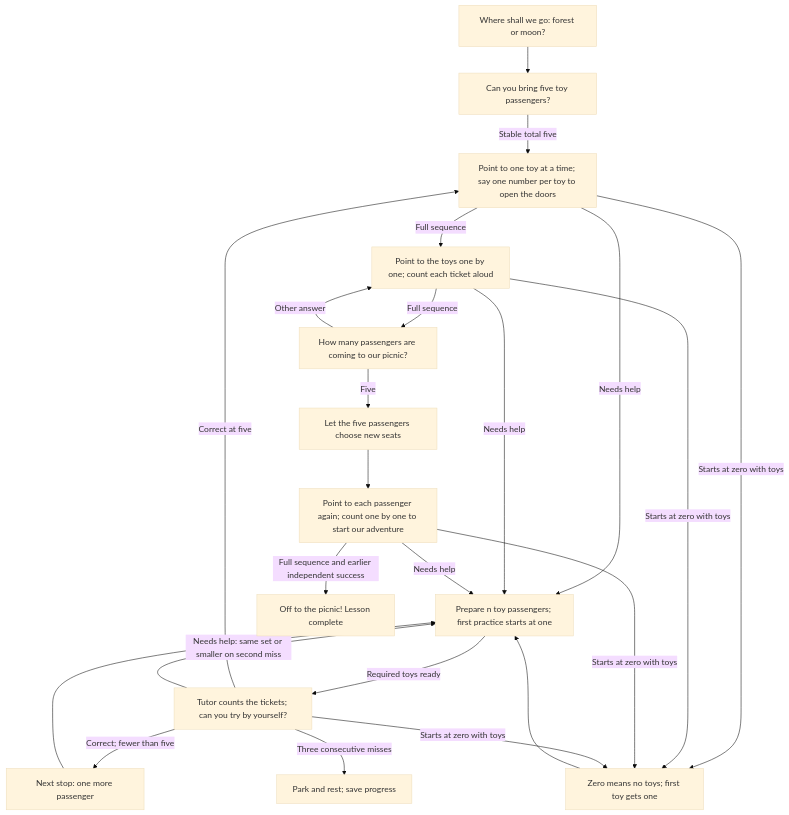
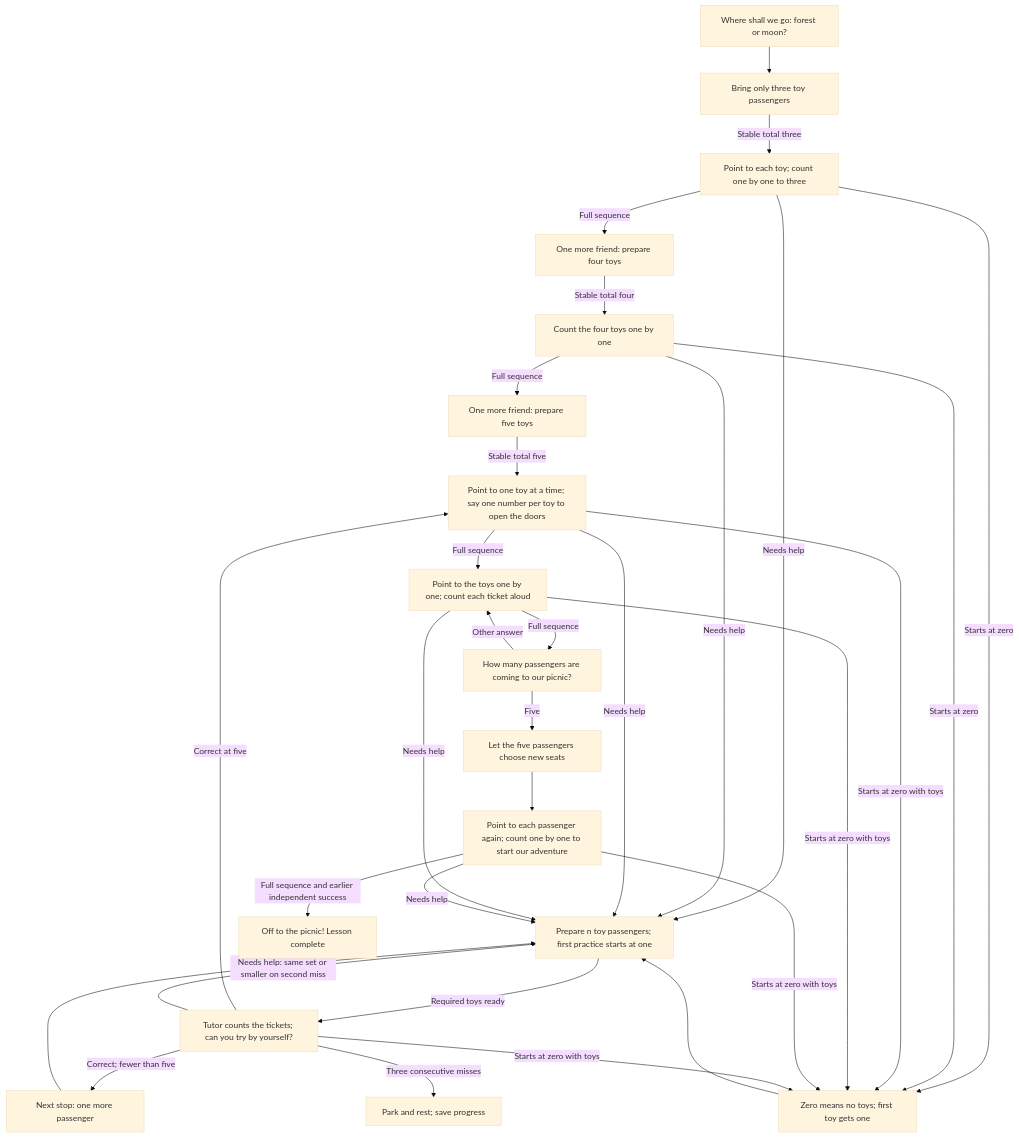
One commit to sealsbroken/unmath changed the first of 2 diagrams in README.md. Above: the diagram before and after it, drawn with Mermaid (base theme). The commit also changed other lines of this file and 19 other files, not shown here.

Commit message:
Start counting with three toys and keep all lesson prompts screen free

````diff
--- a/README.md
+++ b/README.md
@@ -78,25 +82,33 @@
 ```mermaid
 flowchart TD
-    Choose["Where shall we go: forest or moon?"] --> Setup["Can you bring five toy passengers?"]
+    Choose["Where shall we go: forest or moon?"] --> Three["Bring only three toy passengers"]
+    Three -->|"Stable total three"| CountThree["Point to each toy; count one by one to three"]
+    CountThree -->|"Full sequence"| Four["One more friend: prepare four toys"]
+    Four -->|"Stable total four"| CountFour["Count the four toys one by one"]
+    CountFour -->|"Full sequence"| Setup["One more friend: prepare five toys"]
+    CountThree -->|"Needs help"| Small
+    CountFour -->|"Needs help"| Small
+    CountThree -->|"Starts at zero"| Zero
+    CountFour -->|"Starts at zero"| Zero
     Setup -->|"Stable total five"| Doors["Point to one toy at a time; say one number per toy to open the doors"]
     Doors -->|"Full sequence"| Tickets["Point to the toys one by one; count each ticket aloud"]
     Doors -->|"Needs help"| Small["Prepare n toy passengers; first practice starts at one"]
     Tickets -->|"Full sequence"| Total["How many passengers are coming to our picnic?"]
     Tickets -->|"Needs help"| Small
     Total -->|"Five"| Seats["Let the five passengers choose new seats"]
     Total -->|"Other answer"| Tickets
     Seats --> Engine["Point to each passenger again; count one by one to start our adventure"]
     Engine -->|"Full sequence and earlier independent success"| Picnic["Off to the picnic! Lesson complete"]
     Engine -->|"Needs help"| Small
     Small -->|"Required toys ready"| Model["Tutor counts the tickets; can you try by yourself?"]
     Model -->|"Correct; fewer than five"| More["Next stop: one more passenger"]
     More --> Small
     Model -->|"Correct at five"| Doors
     Model -->|"Needs help: same set or smaller on second miss"| Small
     Model -->|"Three consecutive misses"| Rest["Park and rest; save progress"]
     Doors -->|"Starts at zero with toys"| Zero["Zero means no toys; first toy gets one"]
     Tickets -->|"Starts at zero with toys"| Zero
     Engine -->|"Starts at zero with toys"| Zero
     Model -->|"Starts at zero with toys"| Zero
     Zero --> Small
 ```
````
